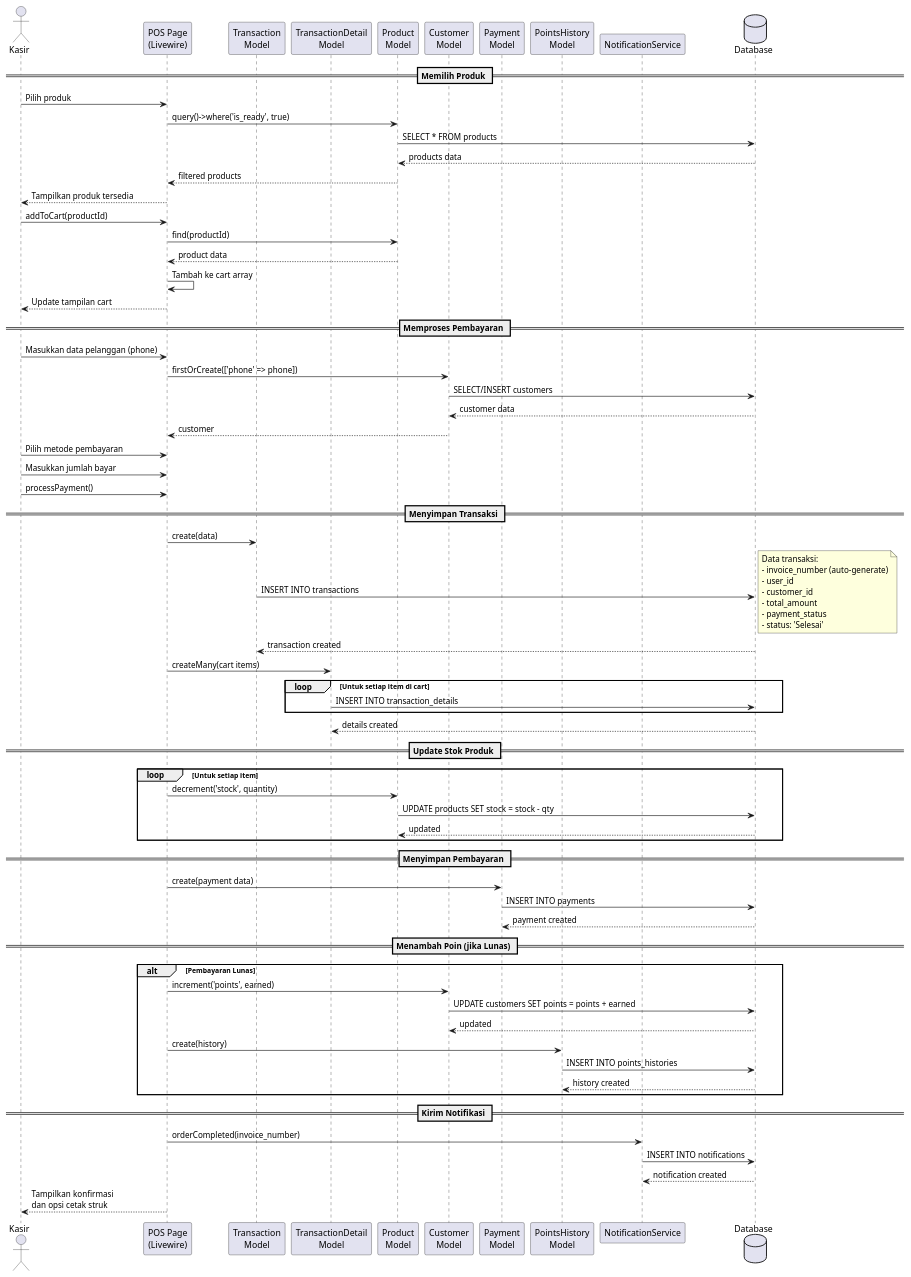
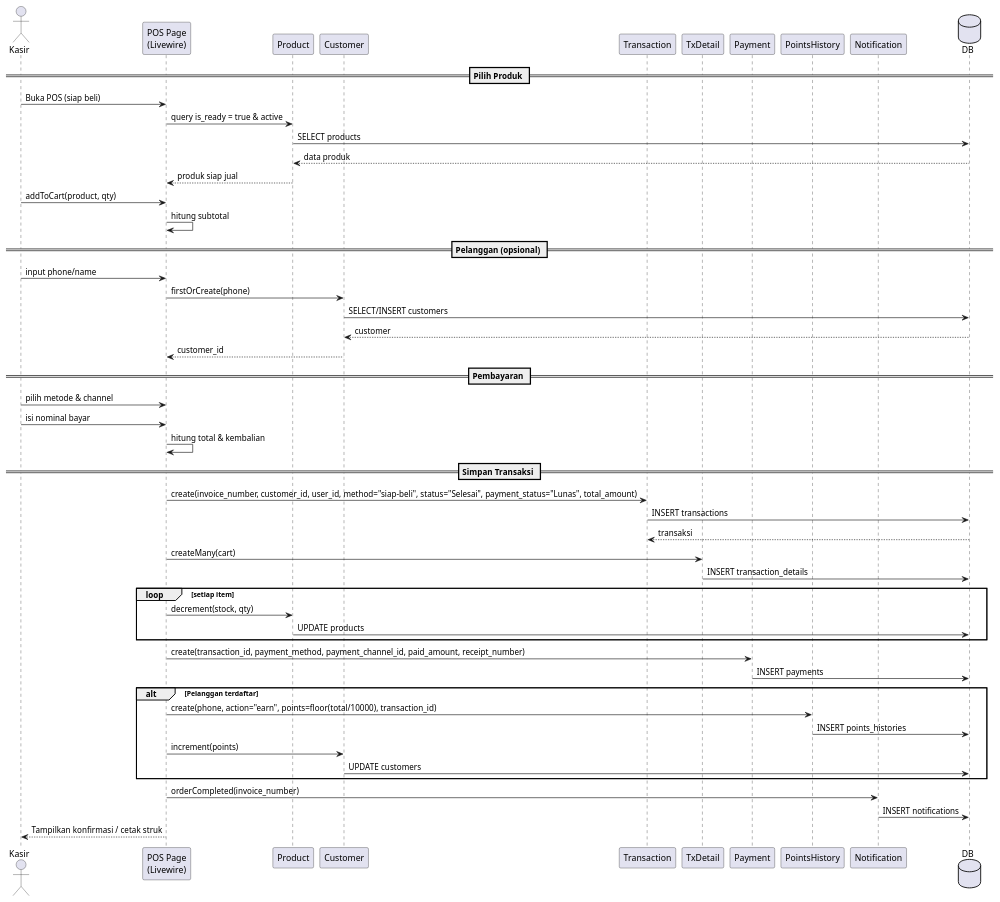
Before and after one commit to pawon3d/pawon3d: the third of 9 diagrams in docs/diagrams/03_SEQUENCE_DIAGRAM.md, drawn with PlantUML. The commit also changed other lines of this file and 155 other files, not shown here.

````diff
--- a/docs/diagrams/03_SEQUENCE_DIAGRAM.md
+++ b/docs/diagrams/03_SEQUENCE_DIAGRAM.md
@@ -144,91 +130,61 @@
 ```plantuml
-@startuml Sequence Diagram - Transaksi Siap Beli
-
+@startuml Sequence - Siap Beli
 actor Kasir
 participant "POS Page\n(Livewire)" as POS
-participant "Transaction\nModel" as Transaction
-participant "TransactionDetail\nModel" as TxDetail
-participant "Product\nModel" as Product
-participant "Customer\nModel" as Customer
-participant "Payment\nModel" as Payment
-participant "PointsHistory\nModel" as Points
-participant "NotificationService" as Notif
-database Database as DB
+participant Product
+participant Customer
+participant Transaction
+participant TxDetail
+participant Payment
+participant PointsHistory as Points
+participant Notification as Notif
+database DB
 
-== Memilih Produk ==
-Kasir -> POS: Pilih produk
-POS -> Product: query()->where('is_ready', true)
-Product -> DB: SELECT * FROM products
-DB --> Product: products data
-Product --> POS: filtered products
-POS --> Kasir: Tampilkan produk tersedia
+== Pilih Produk ==
+Kasir -> POS: Buka POS (siap beli)
+POS -> Product: query is_ready = true & active
+Product -> DB: SELECT products
+DB --> Product: data produk
+Product --> POS: produk siap jual
+Kasir -> POS: addToCart(product, qty)
+POS -> POS: hitung subtotal
 
-Kasir -> POS: addToCart(productId)
-POS -> Product: find(productId)
-Product --> POS: product data
-POS -> POS: Tambah ke cart array
-POS --> Kasir: Update tampilan cart
+== Pelanggan (opsional) ==
+Kasir -> POS: input phone/name
+POS -> Customer: firstOrCreate(phone)
+Customer -> DB: SELECT/INSERT customers
+DB --> Customer: customer
+Customer --> POS: customer_id
 
-== Memproses Pembayaran ==
-Kasir -> POS: Masukkan data pelanggan (phone)
-POS -> Customer: firstOrCreate(['phone' => phone])
-Customer -> DB: SELECT/INSERT customers
-DB --> Customer: customer data
-Customer --> POS: customer
+== Pembayaran ==
+Kasir -> POS: pilih metode & channel
+Kasir -> POS: isi nominal bayar
+POS -> POS: hitung total & kembalian
 
-Kasir -> POS: Pilih metode pembayaran
-Kasir -> POS: Masukkan jumlah bayar
-Kasir -> POS: processPayment()
+== Simpan Transaksi ==
+POS -> Transaction: create(invoice_number, customer_id, user_id, method="siap-beli", status="Selesai", payment_status="Lunas", total_amount)
+Transaction -> DB: INSERT transactions
+DB --> Transaction: transaksi
+POS -> TxDetail: createMany(cart)
+TxDetail -> DB: INSERT transaction_details
 
-== Menyimpan Transaksi ==
-POS -> Transaction: create(data)
-Transaction -> DB: INSERT INTO transactions
-note right
-  Data transaksi:
-  - invoice_number (auto-generate)
-  - user_id
-  - customer_id
-  - total_amount
-  - payment_status
-  - status: 'Selesai'
-end note
-DB --> Transaction: transaction created
-
-POS -> TxDetail: createMany(cart items)
-loop Untuk setiap item di cart
-    TxDetail -> DB: INSERT INTO transaction_details
-end
-DB --> TxDetail: details created
-
-== Update Stok Produk ==
-loop Untuk setiap item
-    POS -> Product: decrement('stock', quantity)
-    Product -> DB: UPDATE products SET stock = stock - qty
-    DB --> Product: updated
+loop setiap item
+    POS -> Product: decrement(stock, qty)
+    Product -> DB: UPDATE products
 end
 
-== Menyimpan Pembayaran ==
-POS -> Payment: create(payment data)
-Payment -> DB: INSERT INTO payments
-DB --> Payment: payment created
+POS -> Payment: create(transaction_id, payment_method, payment_channel_id, paid_amount, receipt_number)
+Payment -> DB: INSERT payments
 
-== Menambah Poin (jika Lunas) ==
-alt Pembayaran Lunas
-    POS -> Customer: increment('points', earned)
-    Customer -> DB: UPDATE customers SET points = points + earned
-    DB --> Customer: updated
-
-    POS -> Points: create(history)
-    Points -> DB: INSERT INTO points_histories
-    DB --> Points: history created
+alt Pelanggan terdaftar
+    POS -> Points: create(phone, action="earn", points=floor(total/10000), transaction_id)
+    Points -> DB: INSERT points_histories
+    POS -> Customer: increment(points)
+    Customer -> DB: UPDATE customers
 end
 
-== Kirim Notifikasi ==
 POS -> Notif: orderCompleted(invoice_number)
-Notif -> DB: INSERT INTO notifications
-DB --> Notif: notification created
-
-POS --> Kasir: Tampilkan konfirmasi\ndan opsi cetak struk
-
+Notif -> DB: INSERT notifications
+POS --> Kasir: Tampilkan konfirmasi / cetak struk
 @enduml
 ```
````
